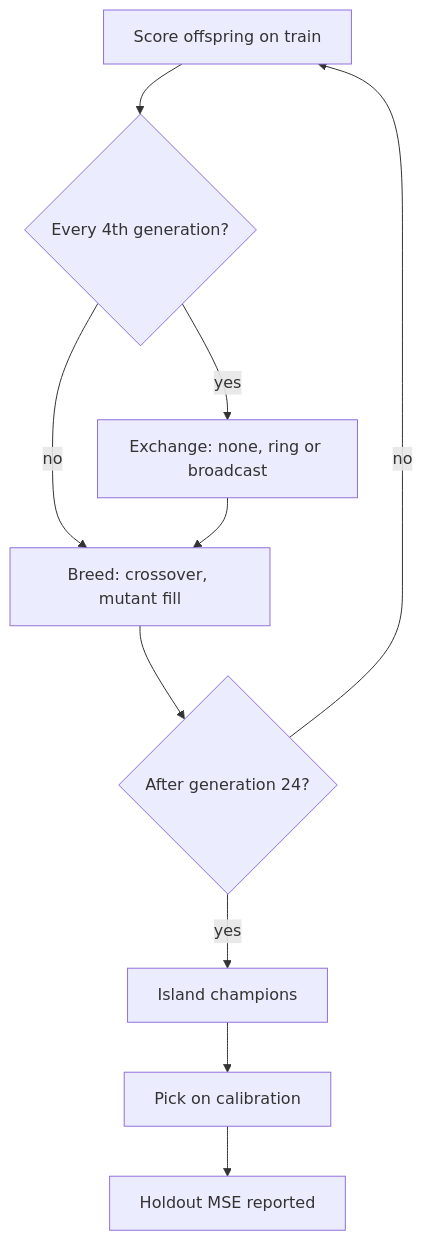
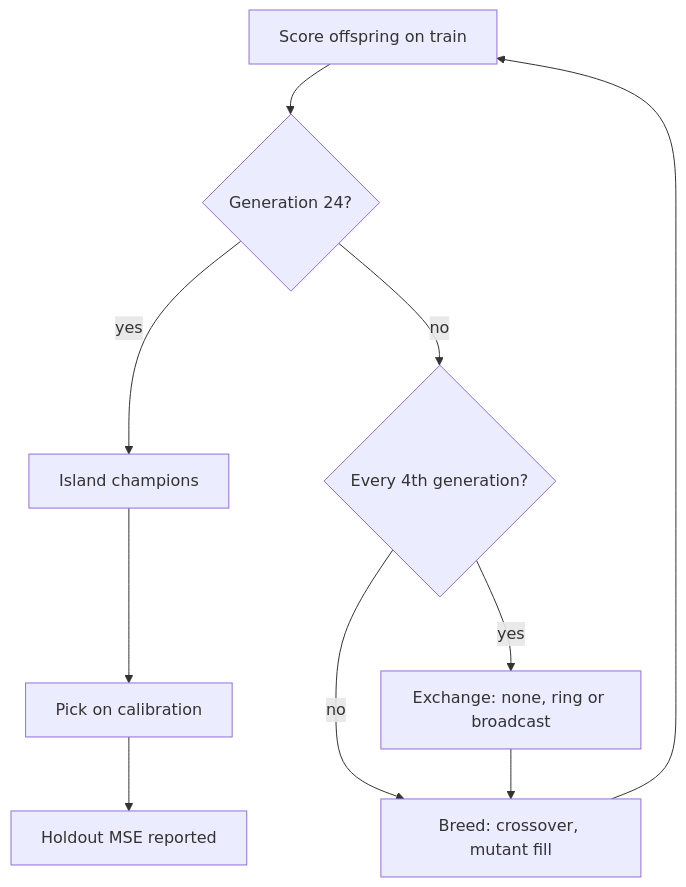
The diagram in docs/evidence/island-exchange-4159.md (stSoftwareAU/NEAT-AI), drawn with Mermaid before and after one commit. The commit also changed 1 other file, not shown here.

Commit message:
PR #4168: fix flowcharts so generation 24 exits before exchange and breed
Vibe-Coder-Run-Id: vibe-mwgemxfz-226dff

````diff
--- a/docs/evidence/island-exchange-4159.md
+++ b/docs/evidence/island-exchange-4159.md
@@ -111,12 +111,12 @@
 ```mermaid
 flowchart TD
-    A["Score offspring on train"] --> B{"Every 4th generation?"}
-    B -- "no" --> E["Breed: crossover, mutant fill"]
-    B -- "yes" --> C["Exchange: none, ring or broadcast"]
-    C --> E
-    E --> F{"After generation 24?"}
-    F -- "no" --> A
+    A["Score offspring on train"] --> F{"Generation 24?"}
     F -- "yes" --> G["Island champions"]
     G --> H["Pick on calibration"]
     H --> I["Holdout MSE reported"]
+    F -- "no" --> B{"Every 4th generation?"}
+    B -- "yes" --> C["Exchange: none, ring or broadcast"]
+    B -- "no" --> E["Breed: crossover, mutant fill"]
+    C --> E
+    E --> A
 ```
````
